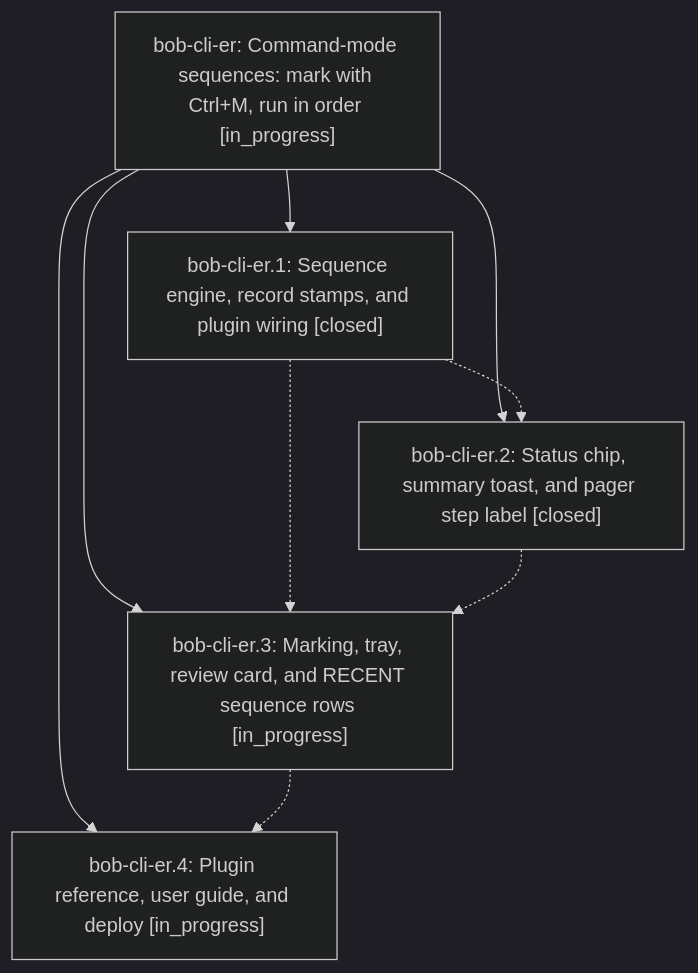
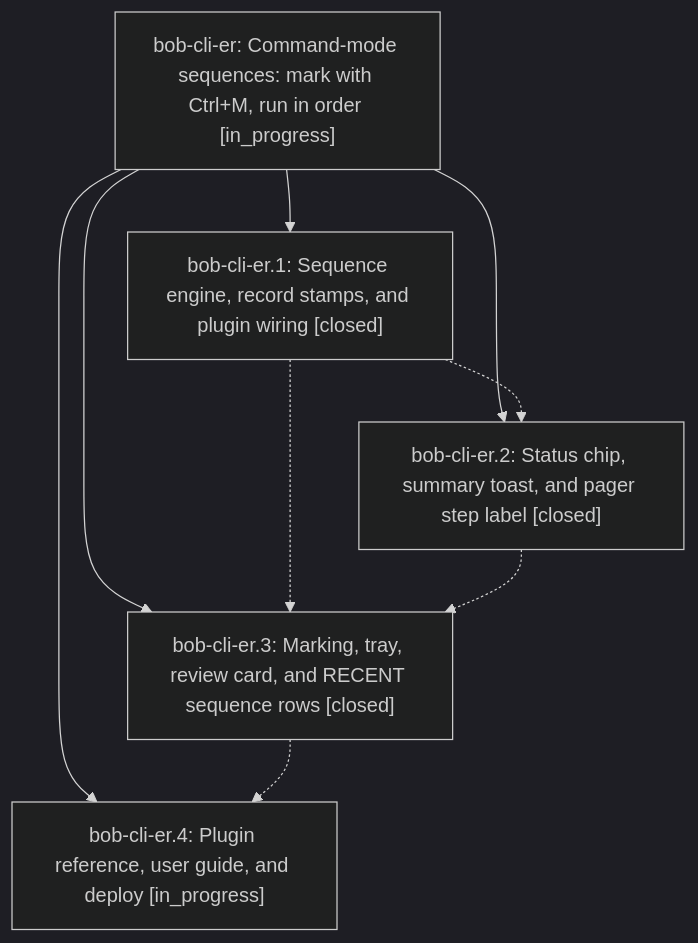
Before and after one commit to bobs-org/bob-cli--beads: the diagram in pages/bob-cli-er/README.md, drawn with Mermaid (dark theme). The commit also changed other lines of this file and 4 other files, not shown here.

First line of the commit message:
chore(beads): sync bead state and pages for bob-cli-er

````diff
--- a/pages/bob-cli-er/README.md
+++ b/pages/bob-cli-er/README.md
@@ -39,16 +39,16 @@
 ```mermaid
 flowchart TD
     n0["bob-cli-er: Command-mode sequences: mark with Ctrl+M, run in order [in_progress]"]
     n1["bob-cli-er.1: Sequence engine, record stamps, and plugin wiring [closed]"]
     n2["bob-cli-er.2: Status chip, summary toast, and pager step label [closed]"]
-    n3["bob-cli-er.3: Marking, tray, review card, and RECENT sequence rows [in_progress]"]
+    n3["bob-cli-er.3: Marking, tray, review card, and RECENT sequence rows [closed]"]
     n4["bob-cli-er.4: Plugin reference, user guide, and deploy [in_progress]"]
     n0 --> n1
     n0 --> n2
     n0 --> n3
     n0 --> n4
     n1 -.-> n2
     n1 -.-> n3
     n2 -.-> n3
     n3 -.-> n4
 ```
````
